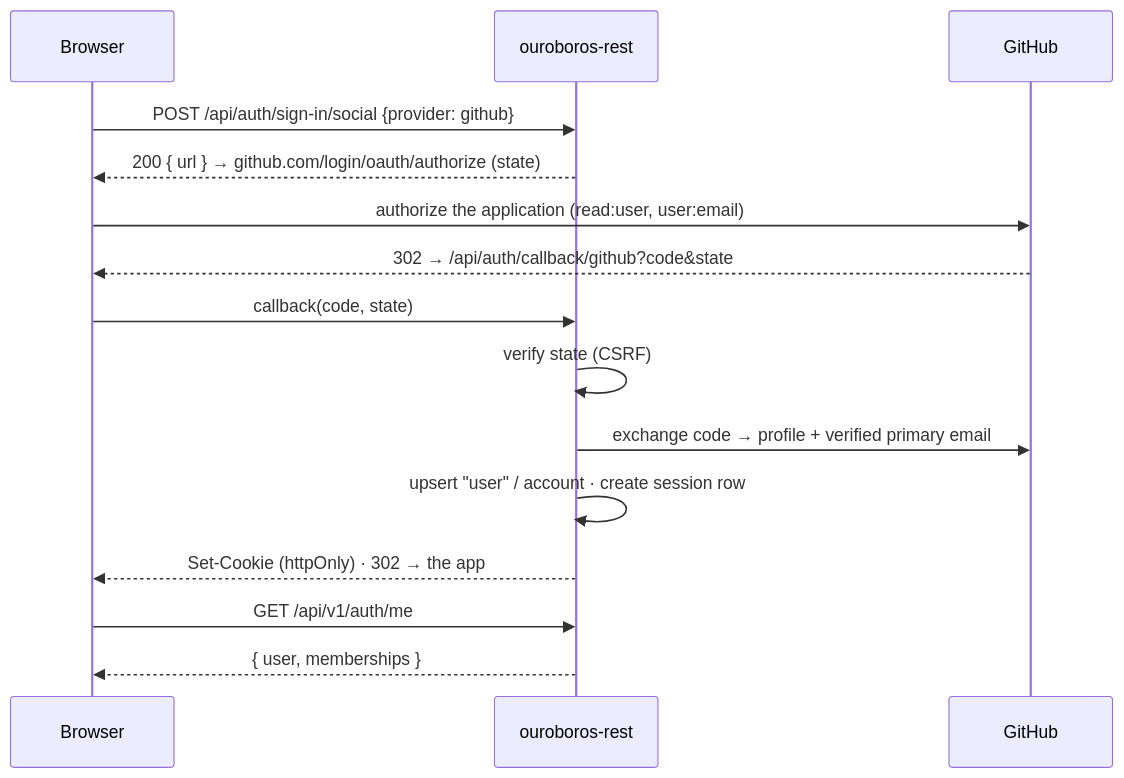
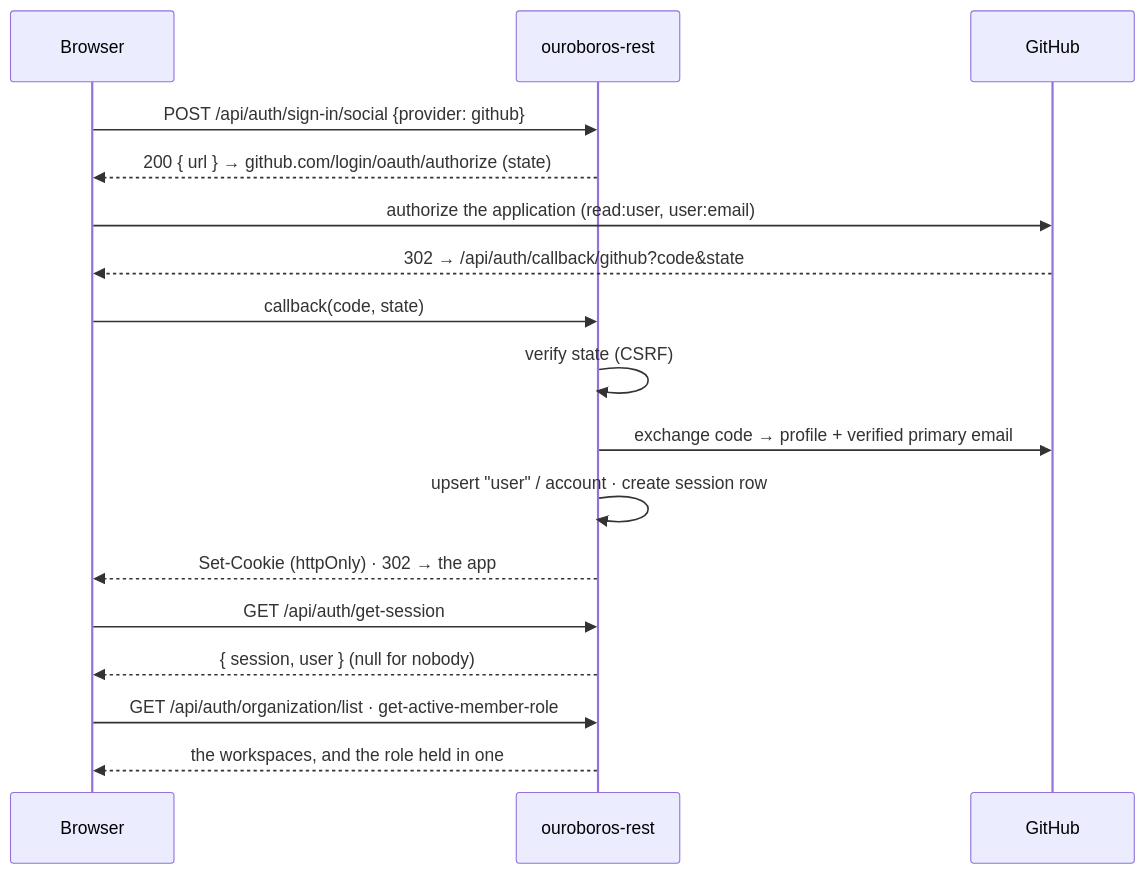
One commit to NobuData/ouroboros changed the fifth of 7 diagrams in docs/ARCHITECTURE.md. Above: the diagram before and after it, drawn with Mermaid. The commit also changed other lines of this file and 41 other files, not shown here.

First line of the commit message:
Fix #711 - Auth route surface & OpenAPI exposure

````diff
--- a/docs/ARCHITECTURE.md
+++ b/docs/ARCHITECTURE.md
@@ -346,18 +346,20 @@
 ```mermaid
 sequenceDiagram
     participant B as Browser
     participant R as ouroboros-rest
     participant G as GitHub
 
     B->>R: POST /api/auth/sign-in/social {provider: github}
     R-->>B: 200 { url } → github.com/login/oauth/authorize (state)
     B->>G: authorize the application (read:user, user:email)
     G-->>B: 302 → /api/auth/callback/github?code&state
     B->>R: callback(code, state)
     R->>R: verify state (CSRF)
     R->>G: exchange code → profile + verified primary email
     R->>R: upsert "user" / account · create session row
     R-->>B: Set-Cookie (httpOnly) · 302 → the app
-    B->>R: GET /api/v1/auth/me
-    R-->>B: { user, memberships }
+    B->>R: GET /api/auth/get-session
+    R-->>B: { session, user }  (null for nobody)
+    B->>R: GET /api/auth/organization/list · get-active-member-role
+    R-->>B: the workspaces, and the role held in one
 ```
````
